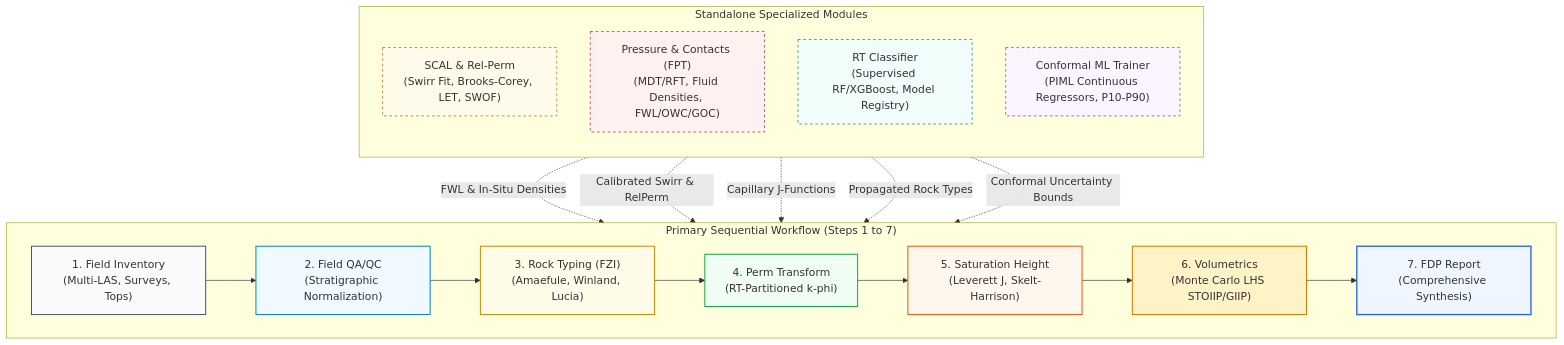
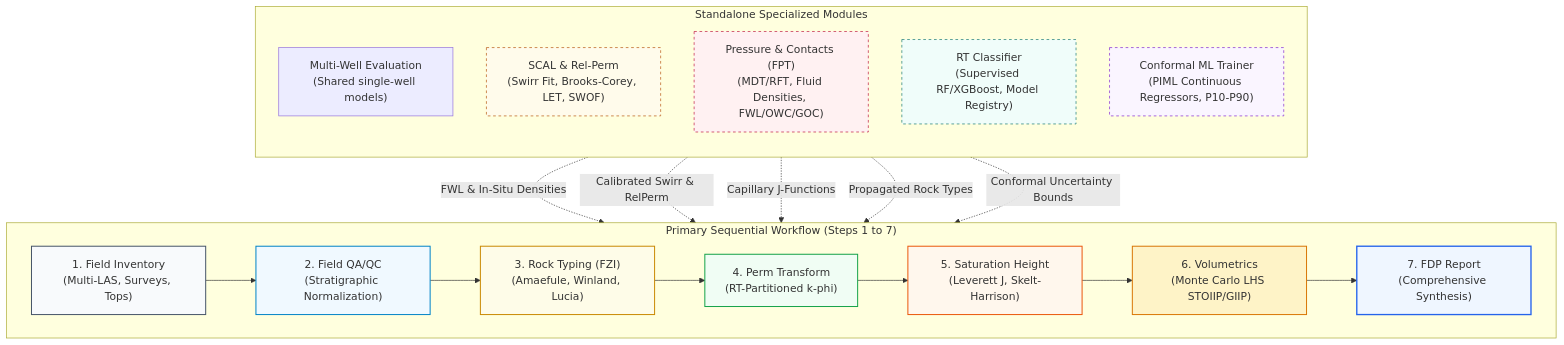
The first of 3 diagrams in docs/workflows/multi_well.md (imranfadhil/quick_pp), drawn with Mermaid before and after one commit. The commit also changed other lines of this file and 11 other files, not shown here.

Commit message:
add multi well batch evaluation standalone module

````diff
--- a/docs/workflows/multi_well.md
+++ b/docs/workflows/multi_well.md
@@ -17,39 +17,40 @@
 ```mermaid
 flowchart TD
     subgraph Primary ["Primary Sequential Workflow (Steps 1 to 7)"]
         direction LR
         S1["1. Field Inventory\n(Multi-LAS, Surveys, Tops)"] --> S2["2. Field QA/QC\n(Stratigraphic Normalization)"]
         S2 --> S3["3. Rock Typing (FZI)\n(Amaefule, Winland, Lucia)"]
         S3 --> S4["4. Perm Transform\n(RT-Partitioned k-phi)"]
         S4 --> S5["5. Saturation Height\n(Leverett J, Skelt-Harrison)"]
         S5 --> S6["6. Volumetrics\n(Monte Carlo LHS STOIIP/GIIP)"]
         S6 --> S7["7. FDP Report\n(Comprehensive Synthesis)"]
     end
 
     subgraph Standalone ["Standalone Specialized Modules"]
         direction TB
+        M_BATCH["Multi-Well Evaluation\n(Shared single-well models)"]
         M_SCAL["SCAL & Rel-Perm\n(Swirr Fit, Brooks-Corey, LET, SWOF)"]
         M_FPT["Pressure & Contacts (FPT)\n(MDT/RFT, Fluid Densities, FWL/OWC/GOC)"]
         M_CLF["RT Classifier\n(Supervised RF/XGBoost, Model Registry)"]
         M_ML["Conformal ML Trainer\n(PIML Continuous Regressors, P10-P90)"]
     end
 
     M_FPT -.->|"FWL & In-Situ Densities"| S5
     M_SCAL -.->|"Calibrated Swirr & RelPerm"| S4
     M_SCAL -.->|"Capillary J-Functions"| S5
     M_CLF -.->|"Propagated Rock Types"| S4
     M_ML -.->|"Conformal Uncertainty Bounds"| S6
 
     style S1 fill:#f8fafc,stroke:#475569,stroke-width:1.5px
     style S2 fill:#f0f9ff,stroke:#0284c7,stroke-width:1.5px
     style S3 fill:#fefce8,stroke:#ca8a04,stroke-width:1.5px
     style S4 fill:#f0fdf4,stroke:#16a34a,stroke-width:1.5px
     style S5 fill:#fff7ed,stroke:#ea580c,stroke-width:1.5px
     style S6 fill:#fef3c7,stroke:#d97706,stroke-width:1.5px
     style S7 fill:#eff6ff,stroke:#2563eb,stroke-width:2px
 
     style M_SCAL fill:#fffbeb,stroke:#b45309,stroke-dasharray: 4 4
     style M_FPT fill:#fff1f2,stroke:#be123c,stroke-dasharray: 4 4
     style M_CLF fill:#f0fdfa,stroke:#0f766e,stroke-dasharray: 4 4
     style M_ML fill:#faf5ff,stroke:#7e22ce,stroke-dasharray: 4 4
 ```
````
